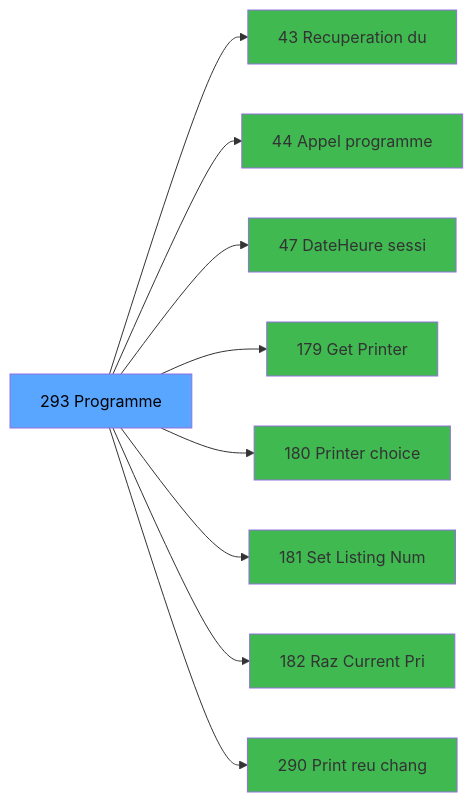
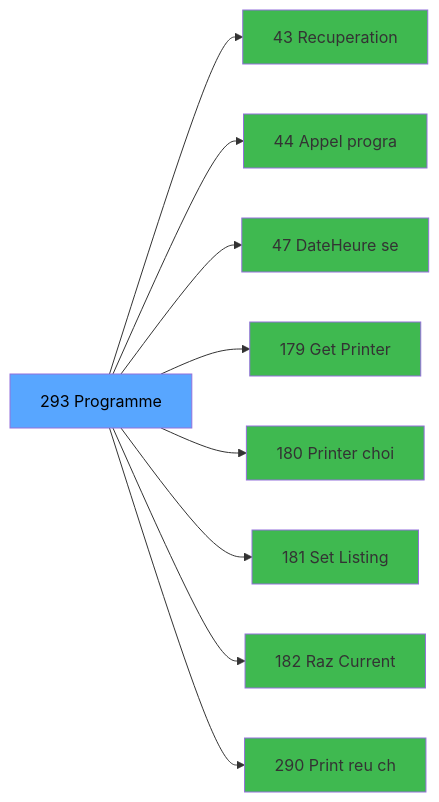
One commit to thonyAGP/magic-migration changed the third of 3 diagrams in .openspec/specs/ADH-IDE-293.md. Above: the diagram before and after it, drawn with Mermaid. The commit also changed other lines of this file and 323 other files, not shown here.

````diff
--- a/.openspec/specs/ADH-IDE-293.md
+++ b/.openspec/specs/ADH-IDE-293.md
@@ -129,29 +148,29 @@
 ```mermaid
 graph LR
     T[293 Programme]
-    C43[43 Recuperation du]
+    C43[43 Recuperation]
     T --> C43
-    C44[44 Appel programme]
+    C44[44 Appel progra]
     T --> C44
-    C47[47 DateHeure sessi]
+    C47[47 DateHeure se]
     T --> C47
     C179[179 Get Printer]
     T --> C179
-    C180[180 Printer choice]
+    C180[180 Printer choi]
     T --> C180
-    C181[181 Set Listing Num]
+    C181[181 Set Listing ]
     T --> C181
-    C182[182 Raz Current Pri]
+    C182[182 Raz Current ]
     T --> C182
-    C290[290 Print reu chang]
+    C290[290 Print reu ch]
     T --> C290
     style T fill:#58a6ff,color:#000
     style C43 fill:#3fb950
     style C44 fill:#3fb950
     style C47 fill:#3fb950
     style C179 fill:#3fb950
     style C180 fill:#3fb950
     style C181 fill:#3fb950
     style C182 fill:#3fb950
     style C290 fill:#3fb950
 ```
````
